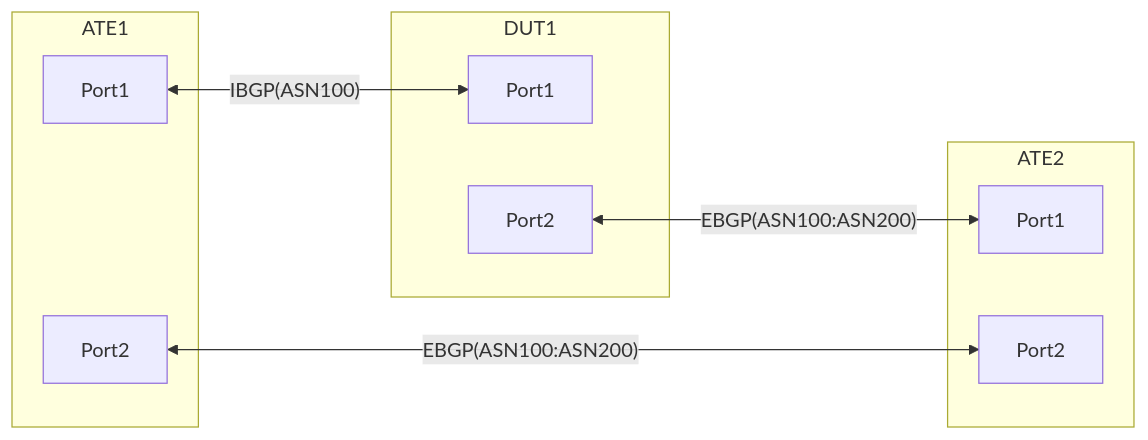
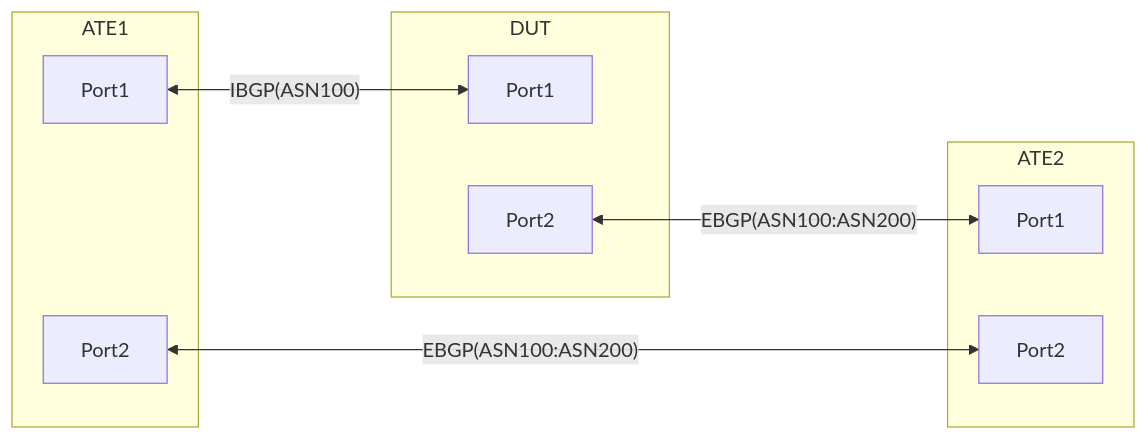
One commit to openconfig/featureprofiles changed the diagram in feature/experimental/policy/policy_vrf_selection/otg_tests/multiple_vrfs_and_gue_decap/README.md. Above: the diagram before and after it, drawn with Mermaid. The commit also changed other lines of this file, not shown here.

````diff
--- a/feature/experimental/policy/policy_vrf_selection/otg_tests/multiple_vrfs_and_gue_decap/README.md
+++ b/feature/experimental/policy/policy_vrf_selection/otg_tests/multiple_vrfs_and_gue_decap/README.md
@@ -11,21 +11,21 @@
 ```mermaid
 graph LR; 
 subgraph ATE1 [ATE1]
     A1[Port1] 
     A2[Port2]
 end
 
-subgraph DUT1 [DUT1]
+subgraph DUT [DUT]
     B1[Port1]
     B2[Port2]
 end
 
 subgraph ATE2 [ATE2]
     C1[Port1] 
     C2[Port2]
 end
 
 A1 <-- IBGP(ASN100) --> B1; 
 B2 <-- EBGP(ASN100:ASN200) --> C1;
 A2 <-- EBGP(ASN100:ASN200) --> C2;
 ```
````
